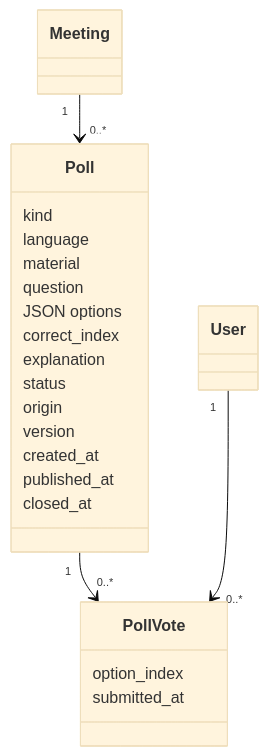
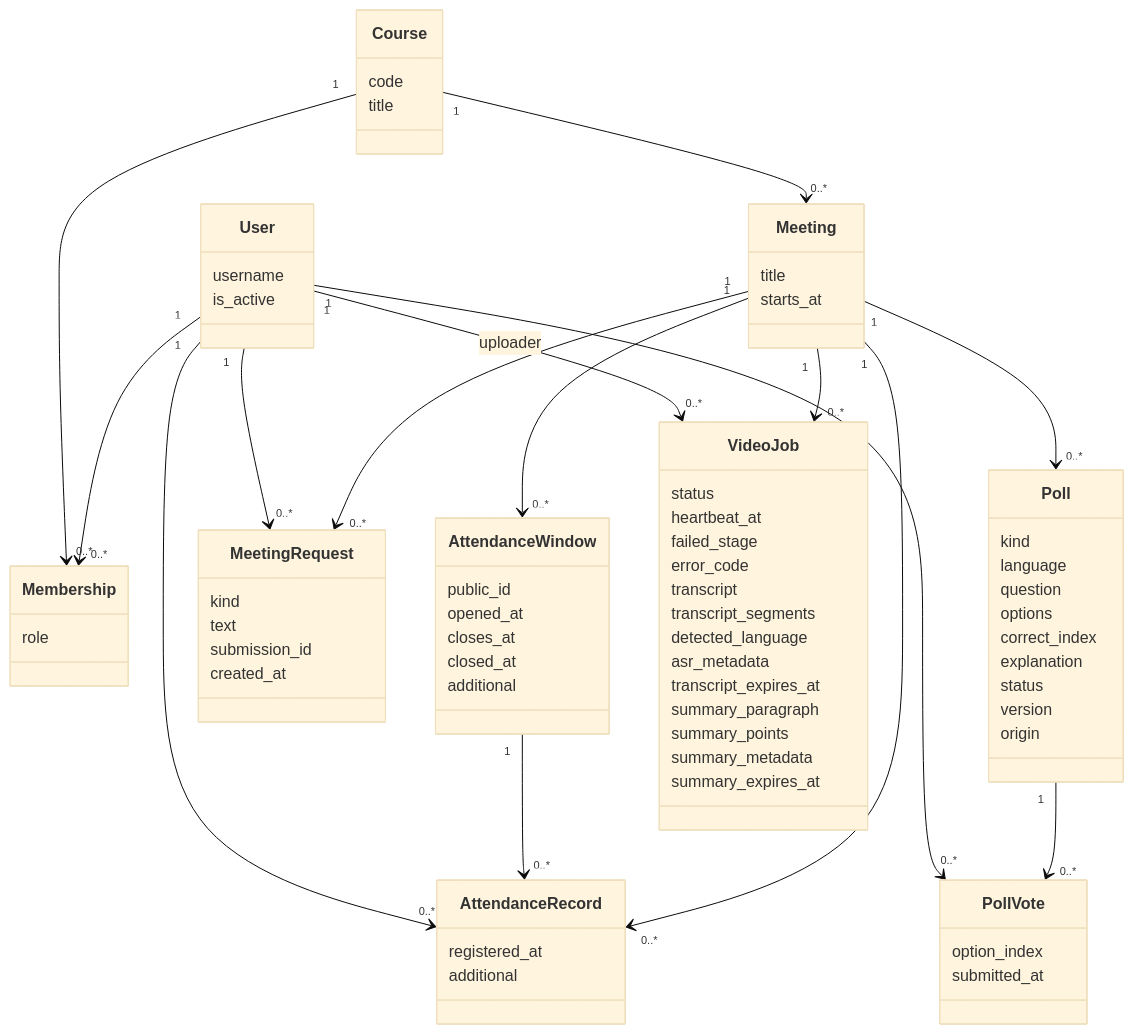
One commit to itavs/TeachingTool-Ex2 changed the first of 4 diagrams in docs/architecture.md. Above: the diagram before and after it, drawn with Mermaid (base theme). The commit also changed other lines of this file and 9 other files, not shown here.

````diff
--- a/docs/architecture.md
+++ b/docs/architecture.md
@@ -47,25 +46,79 @@
 ```mermaid
 classDiagram
+    class User {
+        username
+        is_active
+    }
+    class Course {
+        code
+        title
+    }
+    class Membership {
+        role
+    }
+    class Meeting {
+        title
+        starts_at
+    }
+    class AttendanceWindow {
+        public_id
+        opened_at
+        closes_at
+        closed_at
+        additional
+    }
+    class AttendanceRecord {
+        registered_at
+        additional
+    }
+    class MeetingRequest {
+        kind
+        text
+        submission_id
+        created_at
+    }
     class Poll {
         kind
         language
-        material
         question
-        JSON options
+        options
         correct_index
         explanation
         status
+        version
         origin
-        version
-        created_at
-        published_at
-        closed_at
     }
     class PollVote {
         option_index
         submitted_at
     }
+    class VideoJob {
+        status
+        heartbeat_at
+        failed_stage
+        error_code
+        transcript
+        transcript_segments
+        detected_language
+        asr_metadata
+        transcript_expires_at
+        summary_paragraph
+        summary_points
+        summary_metadata
+        summary_expires_at
+    }
+    User "1" --> "0..*" Membership
+    Course "1" --> "0..*" Membership
+    Course "1" --> "0..*" Meeting
+    Meeting "1" --> "0..*" AttendanceWindow
+    Meeting "1" --> "0..*" AttendanceRecord
+    AttendanceWindow "1" --> "0..*" AttendanceRecord
+    User "1" --> "0..*" AttendanceRecord
+    Meeting "1" --> "0..*" MeetingRequest
+    User "1" --> "0..*" MeetingRequest
     Meeting "1" --> "0..*" Poll
     Poll "1" --> "0..*" PollVote
     User "1" --> "0..*" PollVote
+    Meeting "1" --> "0..*" VideoJob
+    User "1" --> "0..*" VideoJob : uploader
 ```
````
